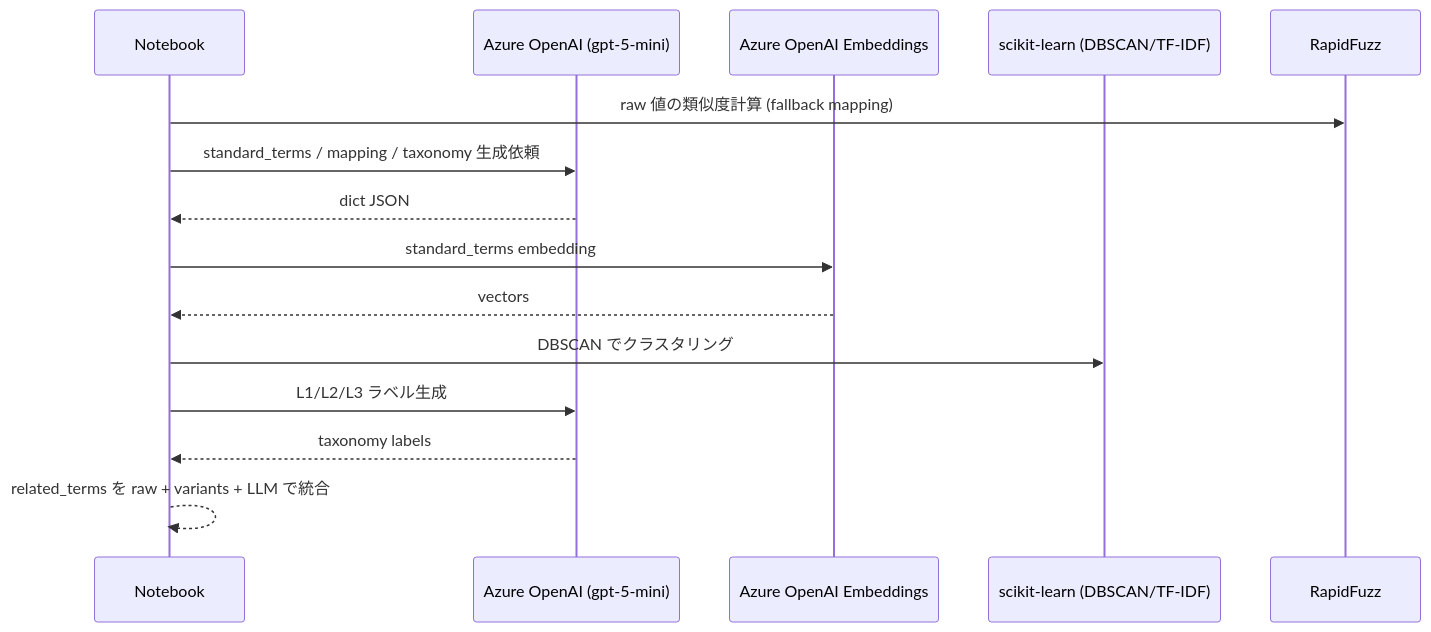
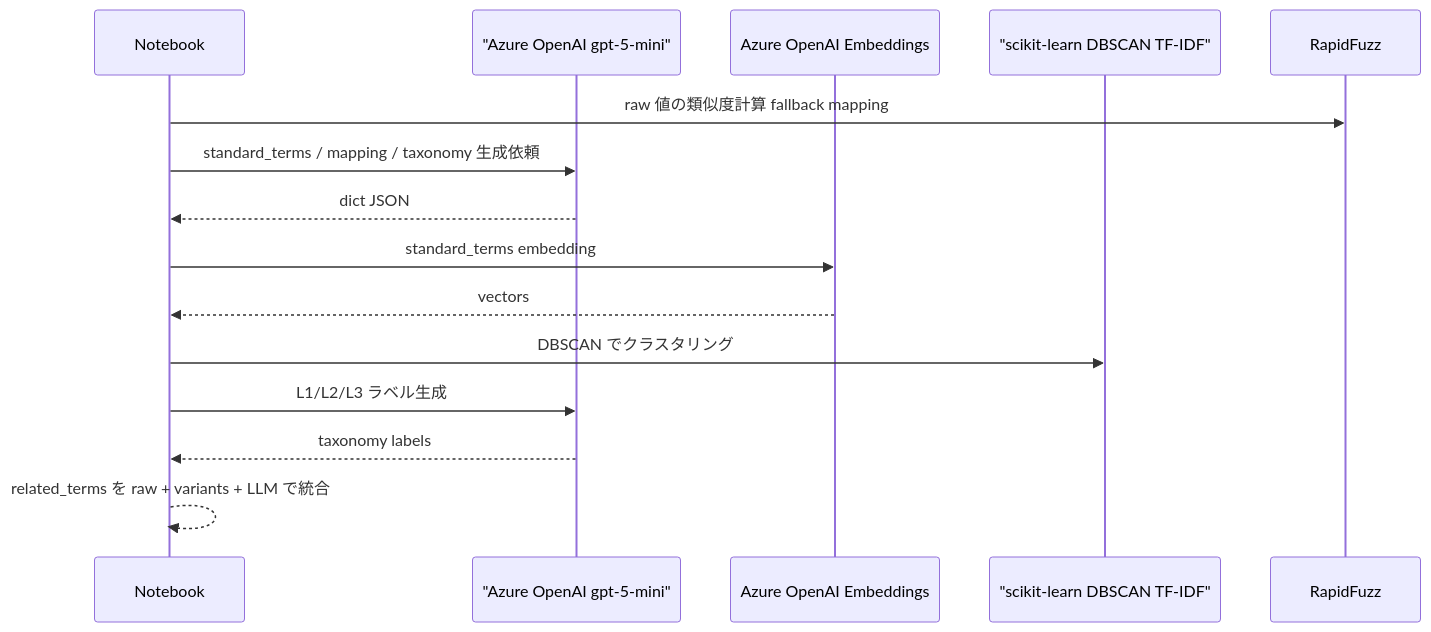
The third of 8 diagrams in feasibility_master_generation_design.md (kiwiiosaru-jp/shinkijigyou_AI_Agent_demo), drawn with Mermaid before and after one commit. The commit also changed other lines of this file, not shown here.

````diff
--- a/feasibility_master_generation_design.md
+++ b/feasibility_master_generation_design.md
@@ -176,18 +176,18 @@
 ```mermaid
 sequenceDiagram
     participant NB as Notebook
-    participant AOAI as Azure OpenAI (gpt-5-mini)
+    participant AOAI as "Azure OpenAI gpt-5-mini"
     participant EMB as Azure OpenAI Embeddings
-    participant SK as scikit-learn (DBSCAN/TF-IDF)
+    participant SK as "scikit-learn DBSCAN TF-IDF"
     participant RF as RapidFuzz
 
-    NB->>RF: raw 値の類似度計算 (fallback mapping)
+    NB->>RF: raw 値の類似度計算 fallback mapping
     NB->>AOAI: standard_terms / mapping / taxonomy 生成依頼
     AOAI-->>NB: dict JSON
     NB->>EMB: standard_terms embedding
     EMB-->>NB: vectors
     NB->>SK: DBSCAN でクラスタリング
     NB->>AOAI: L1/L2/L3 ラベル生成
     AOAI-->>NB: taxonomy labels
     NB-->>NB: related_terms を raw + variants + LLM で統合
 ```
````
